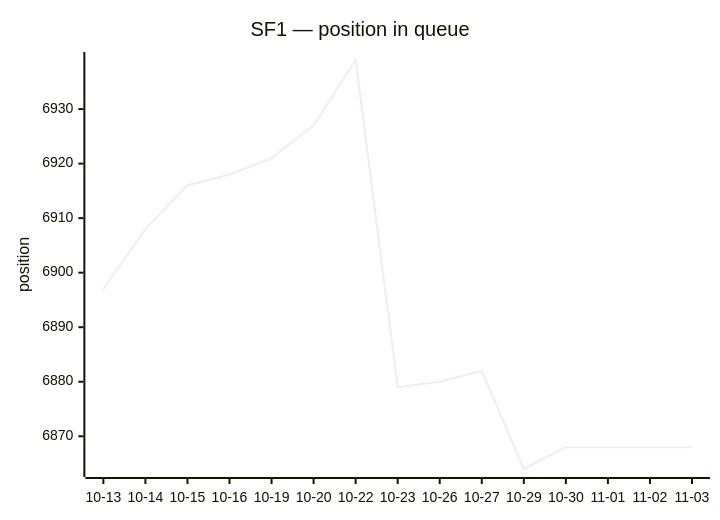
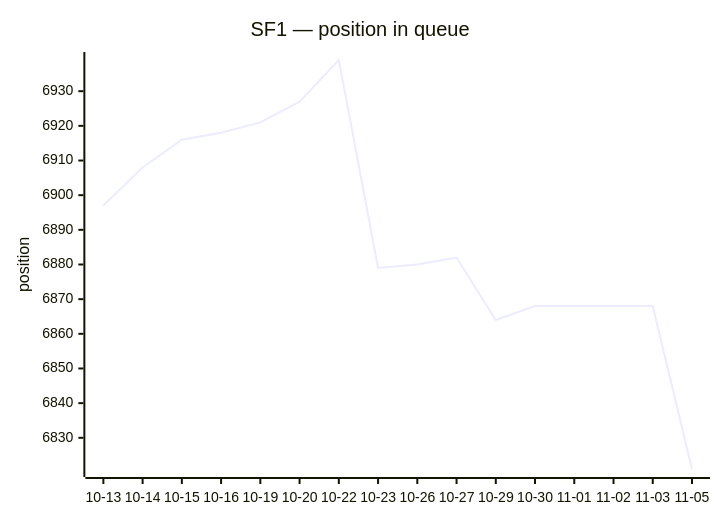
Before and after one commit to thyarles/thyarles: the first of 2 diagrams in queue/README.md, drawn with Mermaid. The commit also changed other lines of this file and 1 other file, not shown here.

````diff
--- a/queue/README.md
+++ b/queue/README.md
@@ -20,7 +20,7 @@
 ```mermaid
 xychart-beta
   title "SF1 — position in queue"
-  x-axis ["10-13", "10-14", "10-15", "10-16", "10-19", "10-20", "10-22", "10-23", "10-26", "10-27", "10-29", "10-30", "11-01", "11-02", "11-03"]
+  x-axis ["10-13", "10-14", "10-15", "10-16", "10-19", "10-20", "10-22", "10-23", "10-26", "10-27", "10-29", "10-30", "11-01", "11-02", "11-03", "11-05"]
   y-axis "position"
-  line [6897, 6908, 6916, 6918, 6921, 6927, 6939, 6879, 6880, 6882, 6864, 6868, 6868, 6868, 6868]
+  line [6897, 6908, 6916, 6918, 6921, 6927, 6939, 6879, 6880, 6882, 6864, 6868, 6868, 6868, 6868, 6821]
 ```
````
